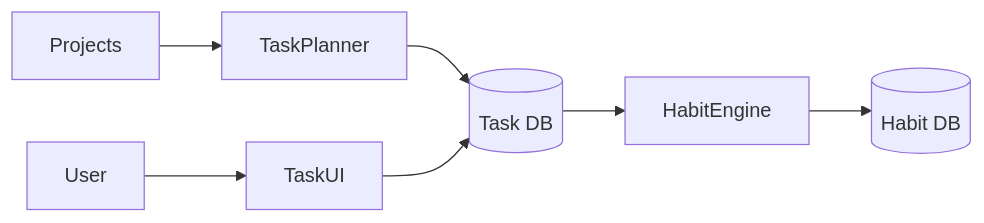
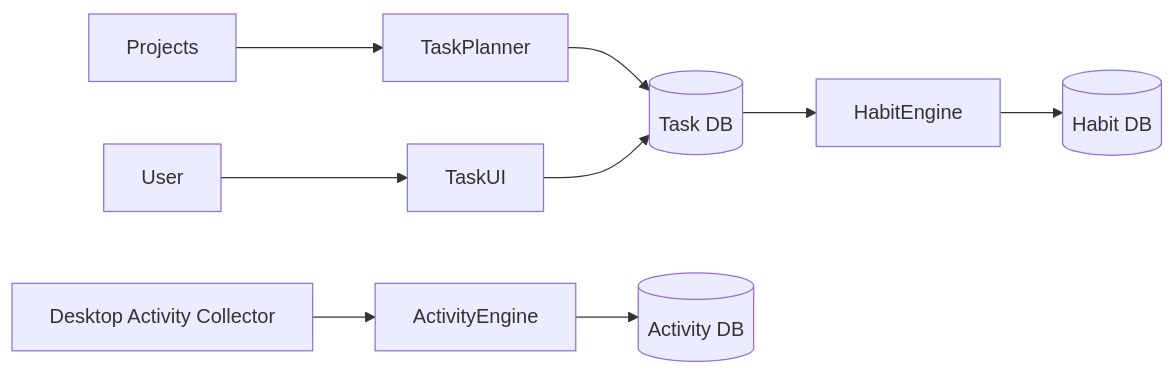
Before and after one commit to ArlagaddaMourya/habit_tracker: the fifth of 21 diagrams in README.md, drawn with Mermaid. The commit also changed other lines of this file and 1 other file, not shown here.

Commit message:
updated the project with user activity and backlog

````diff
--- a/README.md
+++ b/README.md
@@ -267,15 +276,21 @@
 ```mermaid
 flowchart LR
 
 Projects --> TaskPlanner
 
 TaskPlanner --> TaskDB[(Task DB)]
 
 User --> TaskUI
 
 TaskUI --> TaskDB
 
 TaskDB --> HabitEngine
 
 HabitEngine --> HabitDB[(Habit DB)]
+
+ActivityCollector[Desktop Activity Collector]
+
+ActivityCollector --> ActivityEngine
+
+ActivityEngine --> ActivityDB[(Activity DB)]
 ```
````
